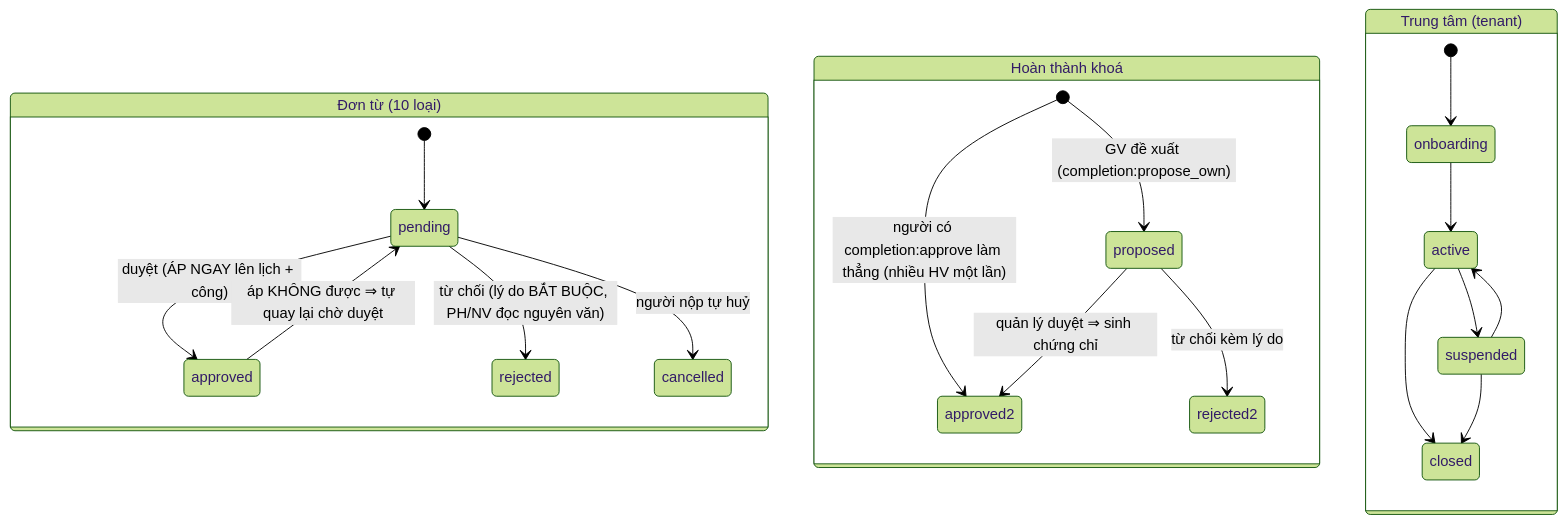
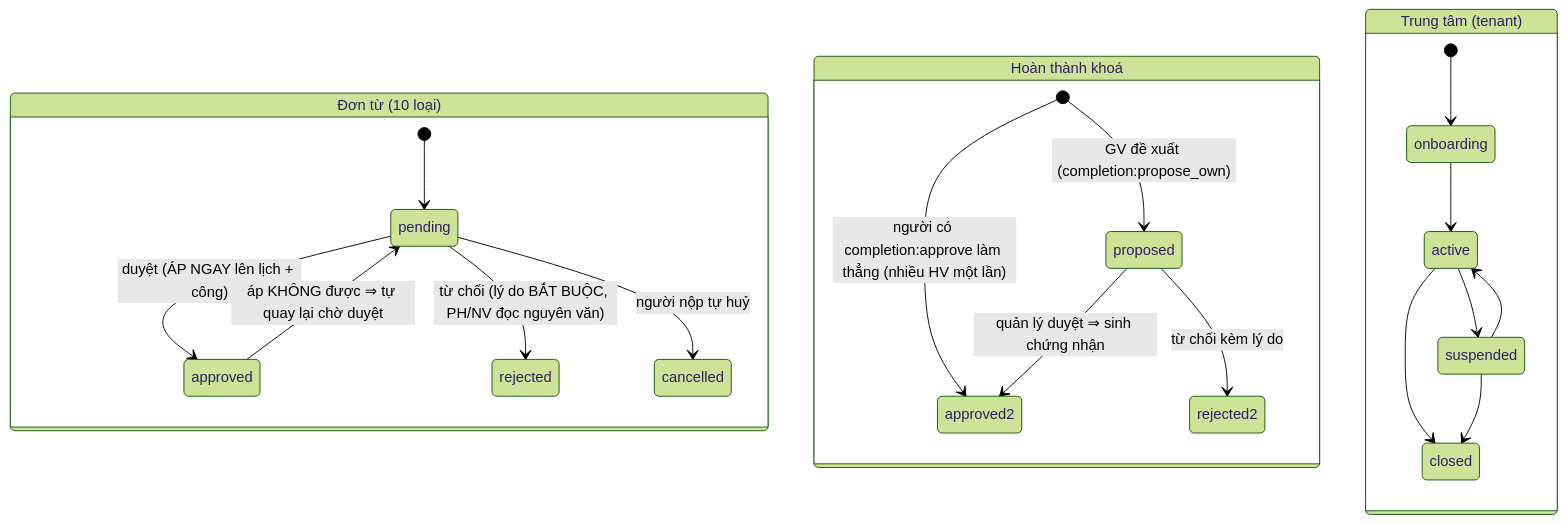
Diagram 17 of 26 in docs/THIET-KE-HE-THONG.md (thanhtoai123/lms), drawn with Mermaid (forest theme) before and after one commit. The commit also changed other lines of this file and 33 other files, not shown here.

````diff
--- a/docs/THIET-KE-HE-THONG.md
+++ b/docs/THIET-KE-HE-THONG.md
@@ -550,24 +550,24 @@
 ```mermaid
 stateDiagram-v2
     state "Đơn từ (10 loại)" as R {
         [*] --> pending
         pending --> approved : duyệt (ÁP NGAY lên lịch + công)
         pending --> rejected : từ chối (lý do BẮT BUỘC, PH/NV đọc nguyên văn)
         pending --> cancelled : người nộp tự huỷ
         approved --> pending : áp KHÔNG được ⇒ tự quay lại chờ duyệt
     }
     state "Hoàn thành khoá" as C {
         [*] --> proposed : GV đề xuất (completion:propose_own)
-        proposed --> approved2 : quản lý duyệt ⇒ sinh chứng chỉ
+        proposed --> approved2 : quản lý duyệt ⇒ sinh chứng nhận
         proposed --> rejected2 : từ chối kèm lý do
         [*] --> approved2 : người có completion:approve làm thẳng (nhiều HV một lần)
     }
     state "Trung tâm (tenant)" as T {
         [*] --> onboarding
         onboarding --> active
         active --> suspended
         suspended --> active
         active --> closed
         suspended --> closed
     }
 ```
````
